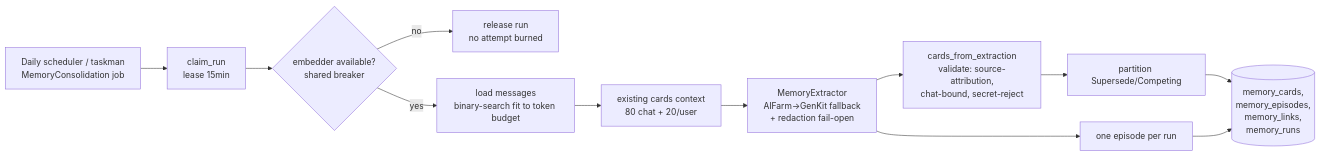
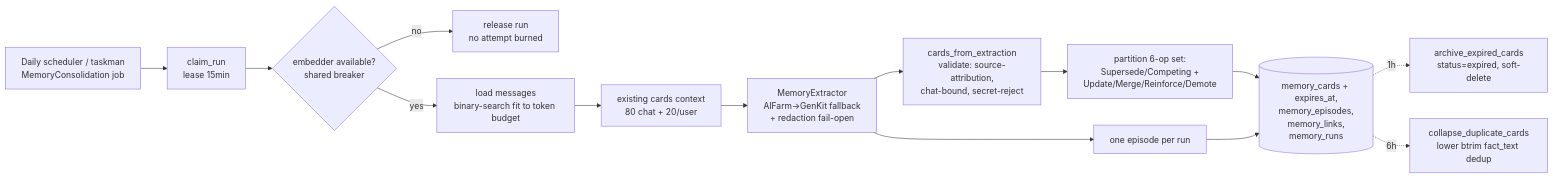
One commit to iamwavecut/openplotva changed the sixth of 6 diagrams in docs/CODEBASE_MAP.md. Above: the diagram before and after it, drawn with Mermaid. The commit also changed other lines of this file, not shown here.

````diff
--- a/docs/CODEBASE_MAP.md
+++ b/docs/CODEBASE_MAP.md
@@ -579,14 +617,16 @@
 ```mermaid
 flowchart LR
     Sched[Daily scheduler / taskman<br/>MemoryConsolidation job] --> Claim[claim_run<br/>lease 15min]
     Claim --> Gate{embedder available?<br/>shared breaker}
     Gate -- no --> Release[release run<br/>no attempt burned]
     Gate -- yes --> Load[load messages<br/>binary-search fit to token budget]
     Load --> Existing[existing cards context<br/>80 chat + 20/user]
     Existing --> Extract[MemoryExtractor<br/>AIFarm→GenKit fallback<br/>+ redaction fail-open]
     Extract --> Cards[cards_from_extraction<br/>validate: source-attribution,<br/>chat-bound, secret-reject]
-    Cards --> Resolve[partition Supersede/Competing]
-    Resolve --> Write[(memory_cards,<br/>memory_episodes,<br/>memory_links,<br/>memory_runs)]
+    Cards --> Resolve[partition 6-op set:<br/>Supersede/Competing +<br/>Update/Merge/Reinforce/Demote]
+    Resolve --> Write[(memory_cards + expires_at,<br/>memory_episodes,<br/>memory_links,<br/>memory_runs)]
     Extract --> Ep[one episode per run]
     Ep --> Write
+    Write -.1h.-> Archival[archive_expired_cards<br/>status=expired, soft-delete]
+    Write -.6h.-> Collapse[collapse_duplicate_cards<br/>lower btrim fact_text dedup]
 ```
````
